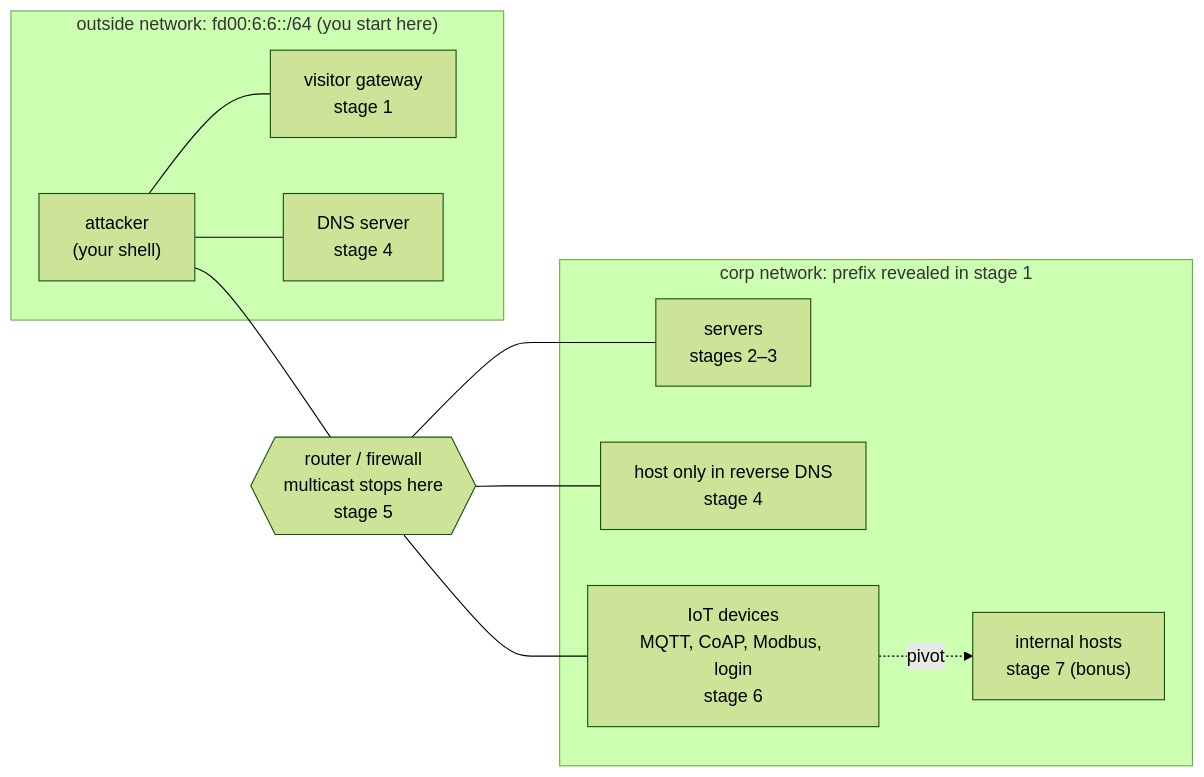
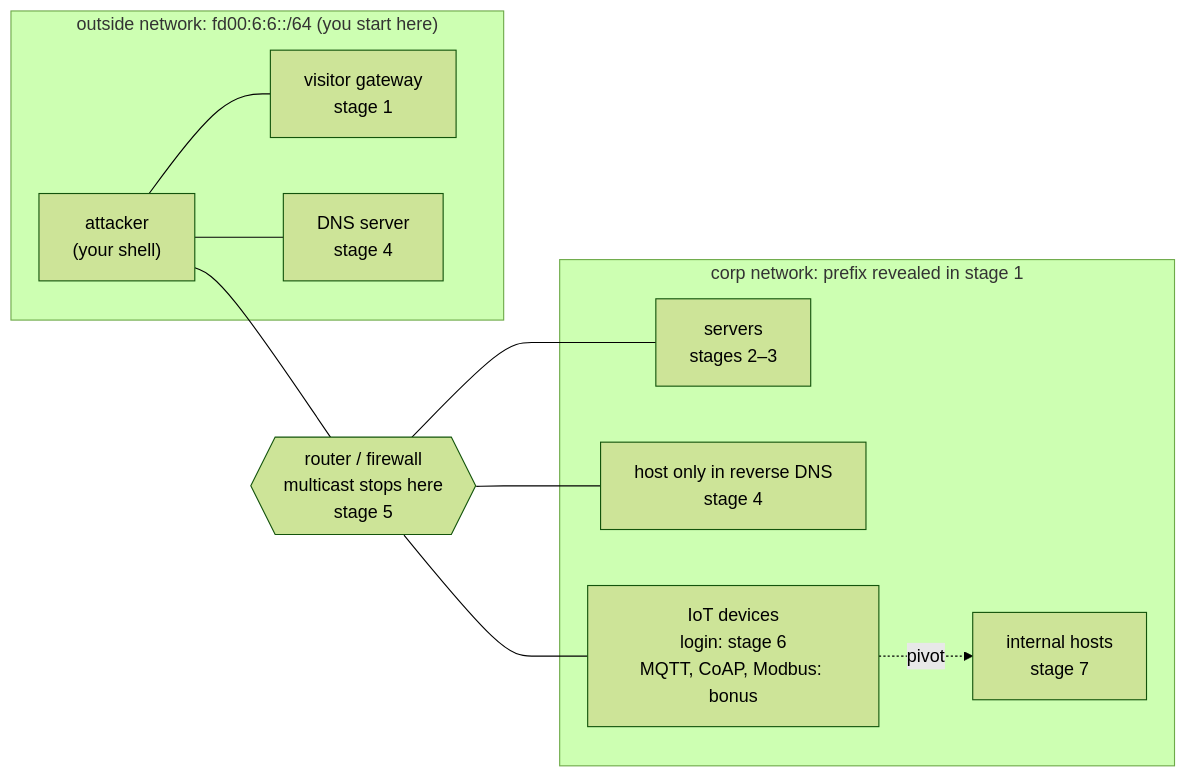
One commit to Moritz1008/network-scanning-lab changed the diagram in lab3-ipv6/README.md. Above: the diagram before and after it, drawn with Mermaid (forest theme). The commit also changed other lines of this file, not shown here.

Commit message:
Change lab lab layout a little. Now, talking to the iot devices is the bonus, and the pivot (stage 7) is part of the core lab. This makes more sense since it revisits the multicast ping from stage 1.

````diff
--- a/lab3-ipv6/README.md
+++ b/lab3-ipv6/README.md
@@ -31,25 +31,25 @@
 ```mermaid
 flowchart LR
     subgraph outside["outside network: fd00:6:6::/64 (you start here)"]
         attacker["attacker<br/>(your shell)"]
         target["visitor gateway<br/>stage 1"]
         dns["DNS server<br/>stage 4"]
     end
 
     router{{"router / firewall<br/>multicast stops here<br/>stage 5"}}
 
     subgraph corp["corp network: prefix revealed in stage 1"]
         servers["servers<br/>stages 2–3"]
         revhost["host only in reverse DNS<br/>stage 4"]
-        iot["IoT devices<br/>MQTT, CoAP, Modbus, login<br/>stage 6"]
-        internal["internal hosts<br/>stage 7 (bonus)"]
+        iot["IoT devices<br/>login: stage 6<br/>MQTT, CoAP, Modbus: bonus"]
+        internal["internal hosts<br/>stage 7"]
     end
 
     attacker --- target
     attacker --- dns
     attacker --- router
     router --- servers
     router --- revhost
     router --- iot
     iot -. pivot .-> internal
 ```
````
